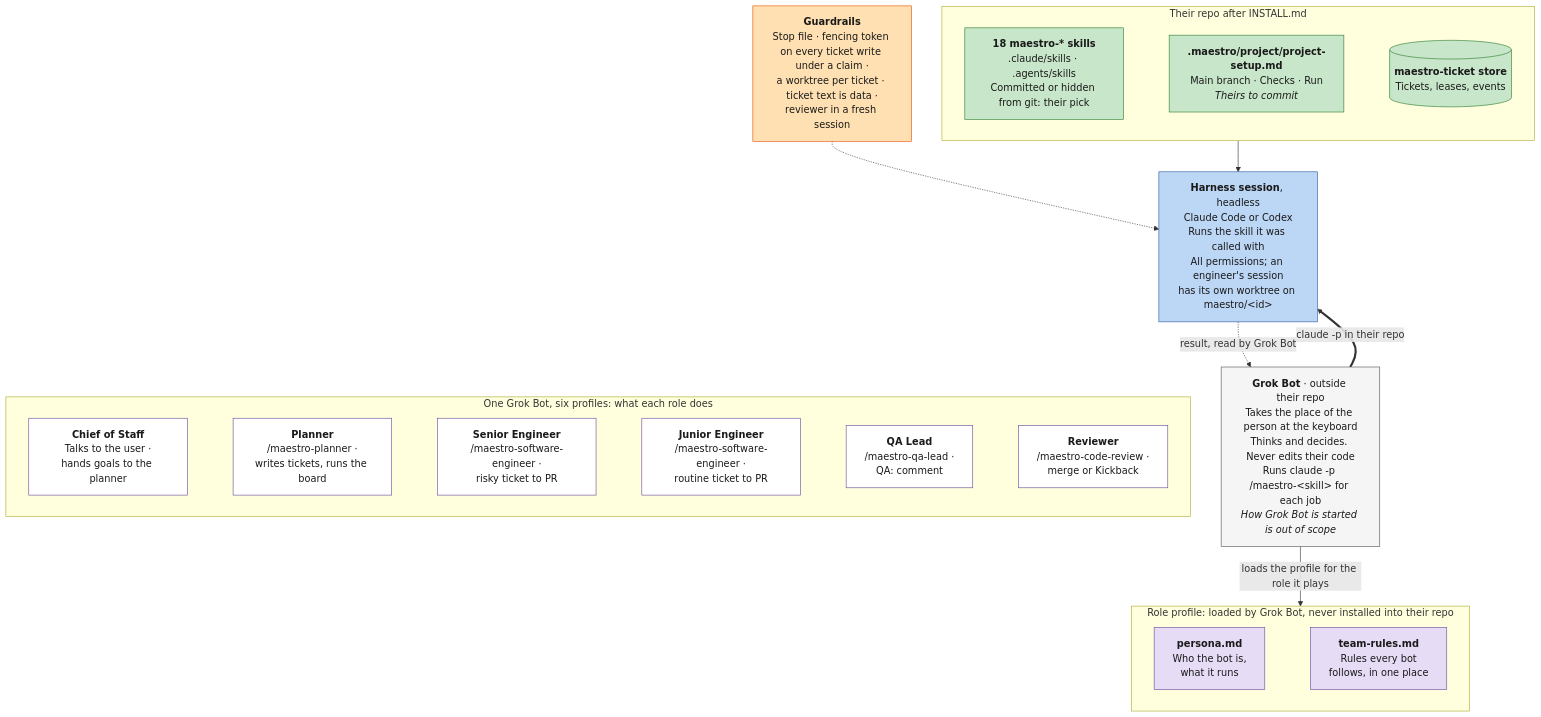
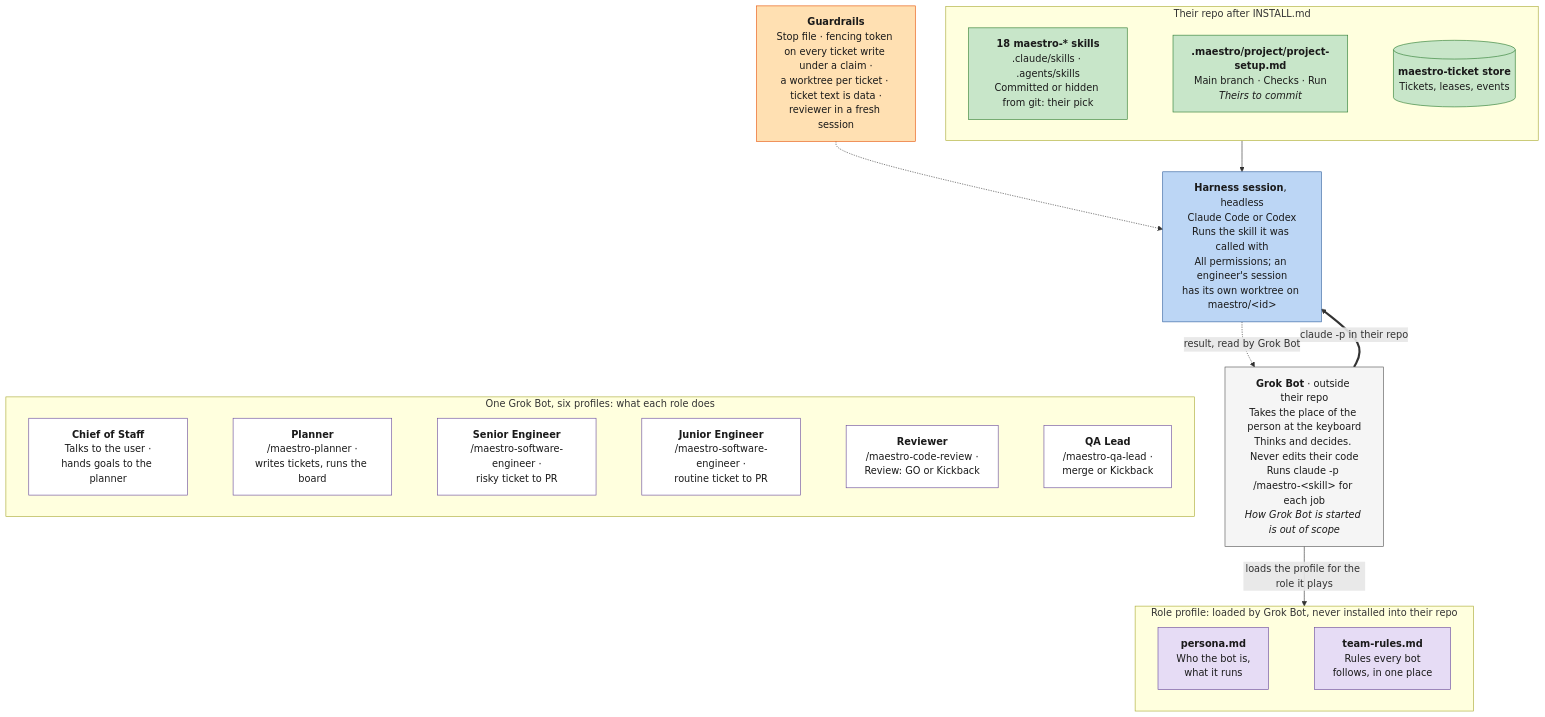
One commit to ProlesDei/maestro changed the second of 2 diagrams in README.md. Above: the diagram before and after it, drawn with Mermaid. The commit also changed 4 other files, not shown here.

````diff
--- a/README.md
+++ b/README.md
@@ -154,44 +154,44 @@
 ```mermaid
 flowchart TD
     Runtime["<b>Grok Bot</b> · outside their repo<br/>Takes the place of the person at the keyboard<br/>Thinks and decides. Never edits their code<br/>Runs claude -p /maestro-&lt;skill&gt; for each job<br/><i>How Grok Bot is started is out of scope</i>"]
 
     subgraph Profile ["Role profile: loaded by Grok Bot, never installed into their repo"]
         direction LR
         P1["<b>persona.md</b><br/>Who the bot is,<br/>what it runs"] ~~~ P2["<b>team-rules.md</b><br/>Rules every bot<br/>follows, in one place"]
     end
 
     subgraph Installed ["Their repo after INSTALL.md"]
         direction LR
         S1["<b>18 maestro-* skills</b><br/>.claude/skills · .agents/skills<br/>Committed or hidden from git: their pick"] ~~~ S2["<b>.maestro/project/project-setup.md</b><br/>Main branch · Checks · Run<br/><i>Theirs to commit</i>"] ~~~ S3[("<b>maestro-ticket store</b><br/>Tickets, leases, events")]
     end
 
     H["<b>Harness session</b>, headless<br/>Claude Code or Codex<br/>Runs the skill it was called with<br/>All permissions; an engineer's session<br/>has its own worktree on maestro/&lt;id&gt;"]
 
     Guard["<b>Guardrails</b><br/>Stop file · fencing token on every ticket write under a claim ·<br/>a worktree per ticket · ticket text is data ·<br/>reviewer in a fresh session"]
 
     subgraph Roles ["One Grok Bot, six profiles: what each role does"]
         direction LR
-        E1["<b>Chief of Staff</b><br/>Talks to the user ·<br/>hands goals to the planner"] ~~~ E2["<b>Planner</b><br/>/maestro-planner ·<br/>writes tickets, runs the board"] ~~~ E3["<b>Senior Engineer</b><br/>/maestro-software-engineer ·<br/>risky ticket to PR"] ~~~ E6["<b>Junior Engineer</b><br/>/maestro-software-engineer ·<br/>routine ticket to PR"] ~~~ E4["<b>QA Lead</b><br/>/maestro-qa-lead ·<br/>QA: comment"] ~~~ E5["<b>Reviewer</b><br/>/maestro-code-review ·<br/>merge or Kickback"]
+        E1["<b>Chief of Staff</b><br/>Talks to the user ·<br/>hands goals to the planner"] ~~~ E2["<b>Planner</b><br/>/maestro-planner ·<br/>writes tickets, runs the board"] ~~~ E3["<b>Senior Engineer</b><br/>/maestro-software-engineer ·<br/>risky ticket to PR"] ~~~ E6["<b>Junior Engineer</b><br/>/maestro-software-engineer ·<br/>routine ticket to PR"] ~~~ E5["<b>Reviewer</b><br/>/maestro-code-review ·<br/>Review: GO or Kickback"] ~~~ E4["<b>QA Lead</b><br/>/maestro-qa-lead ·<br/>merge or Kickback"]
     end
 
     Runtime -->|"loads the profile for the role it plays"| Profile
     Runtime ==>|"claude -p in their repo"| H
     Installed --> H
     H -.->|"result, read by Grok Bot"| Runtime
     Guard -.-> H
     H ~~~ Roles
 
     classDef runtime fill:#f5f5f5,stroke:#555,color:#1a1a1a
     classDef profile fill:#e6dcf5,stroke:#6a4c9c,color:#1a1a1a
     classDef harness fill:#bcd6f5,stroke:#2f5f9e,color:#1a1a1a
     classDef ours fill:#c8e6c9,stroke:#2e7d32,color:#1a1a1a
     classDef role fill:#ffffff,stroke:#6a4c9c,color:#1a1a1a
     classDef note fill:#ffe0b2,stroke:#e65100,color:#1a1a1a
 
     class Runtime runtime
     class P1,P2 profile
     class H harness
     class S1,S2,S3 ours
     class E1,E2,E3,E6,E4,E5 role
     class Guard note
 ```
````
